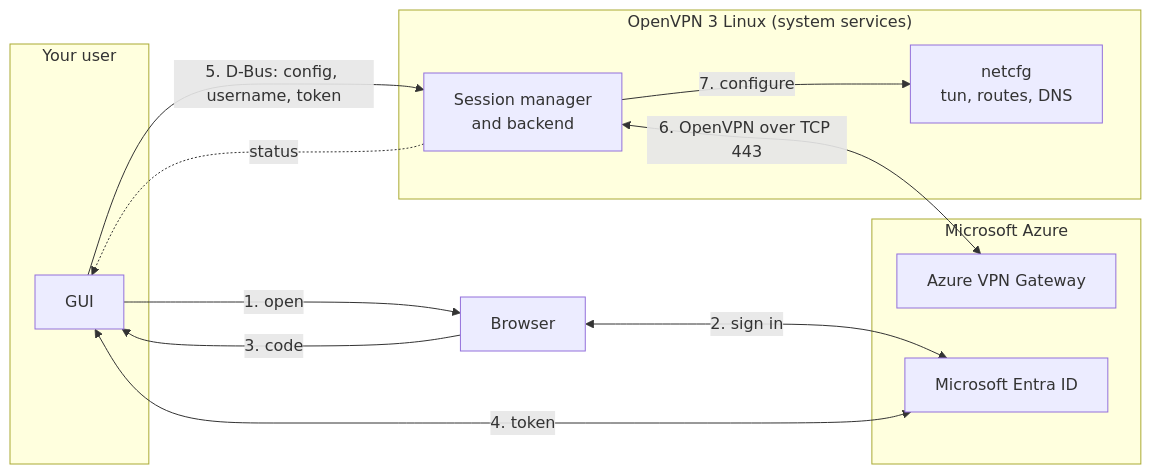
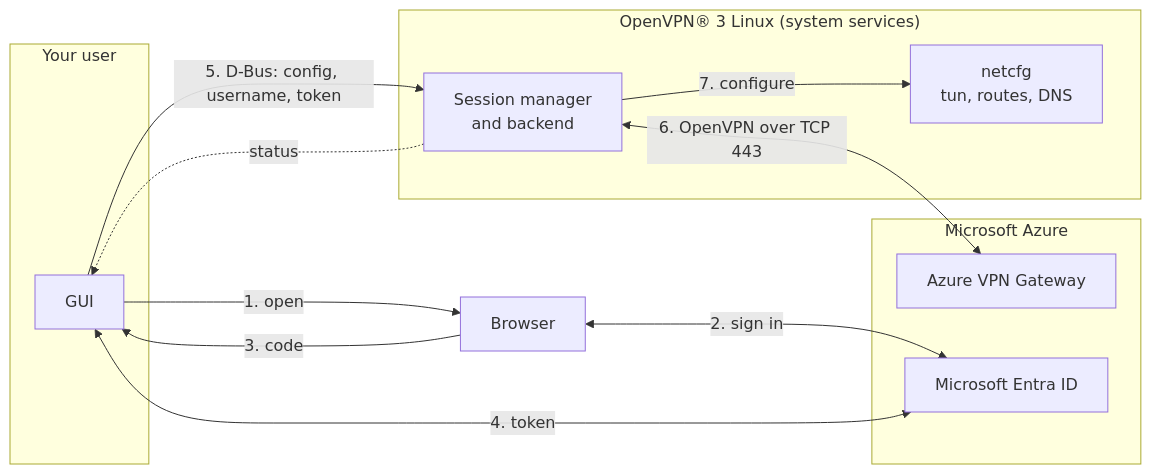
Before and after one commit to TeaDrinkingProgrammer/archway-vpn: the second of 2 diagrams in README.md, drawn with Mermaid. The commit also changed other lines of this file and 9 other files, not shown here.

````diff
--- a/README.md
+++ b/README.md
@@ -229,24 +241,24 @@
 ```mermaid
 flowchart LR
     subgraph user["Your user"]
         gui["GUI"]
     end
     browser["Browser"]
-    subgraph ov3["OpenVPN 3 Linux (system services)"]
+    subgraph ov3["OpenVPN® 3 Linux (system services)"]
         sess["Session manager<br/>and backend"]
         netcfg["netcfg<br/>tun, routes, DNS"]
     end
     subgraph azure["Microsoft Azure"]
         gw["Azure VPN Gateway"]
         entra["Microsoft Entra ID"]
     end
 
     gui -->|"5. D-Bus: config, username, token"| sess
     sess <-->|"6. OpenVPN over TCP 443"| gw
     sess -->|"7. configure"| netcfg
     sess -.->|"status"| gui
     gui -->|"1. open"| browser
     browser <-->|"2. sign in"| entra
     browser -->|"3. code"| gui
     gui <-->|"4. token"| entra
 ```
````
